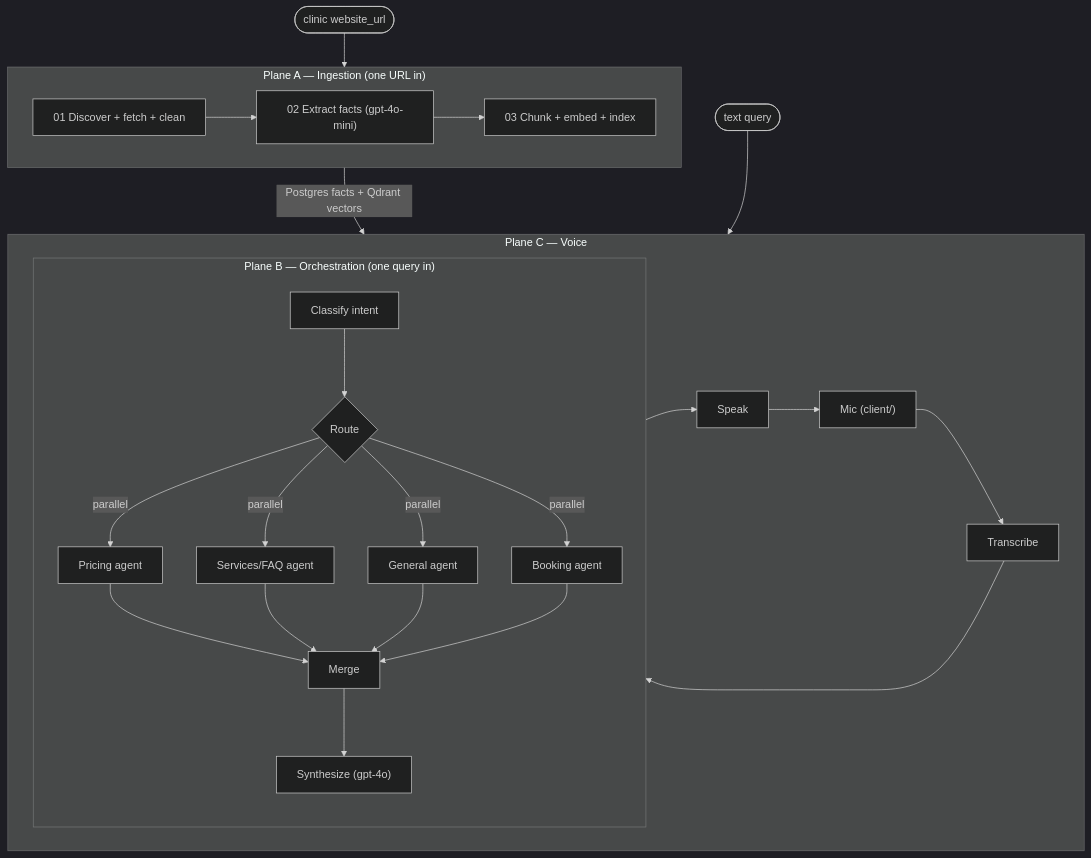
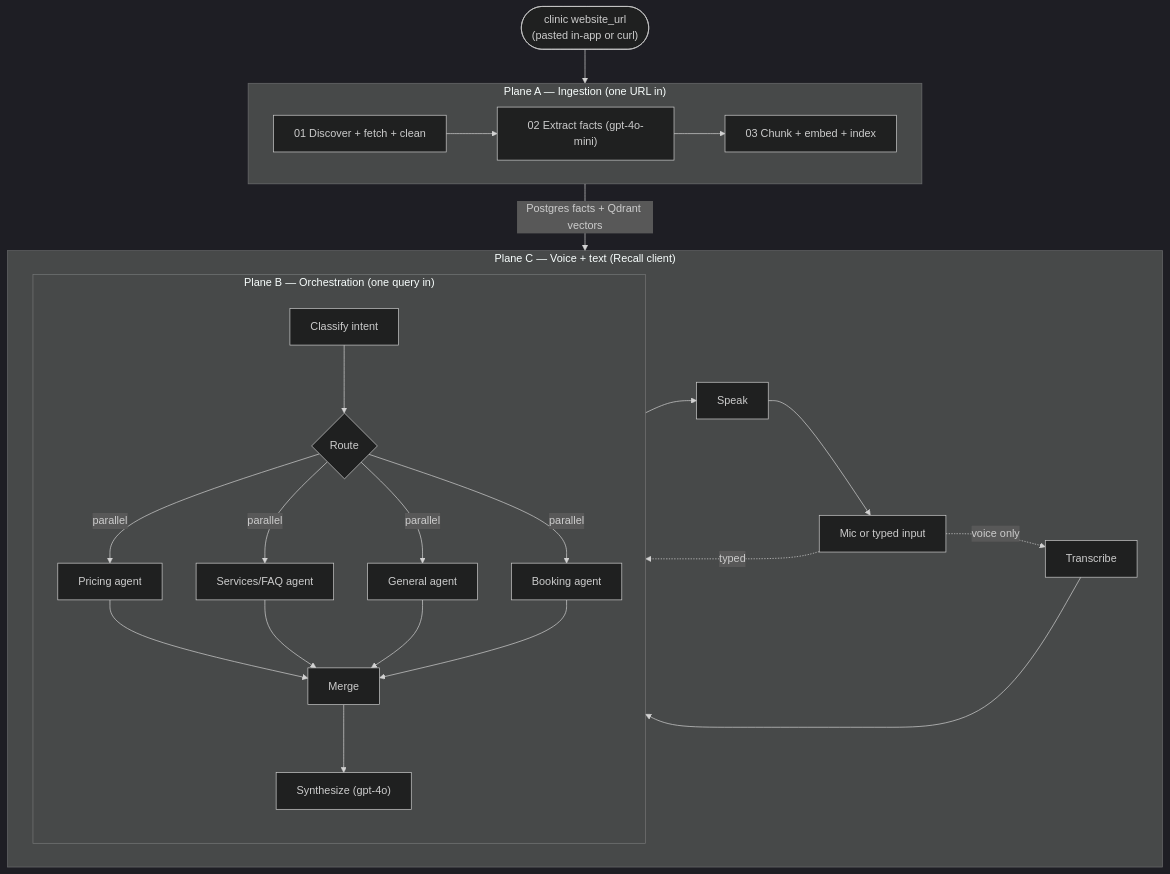
Before and after one commit to AhmedIrfan7/n8n_dental_rag_orchestration: the diagram in README.md, drawn with Mermaid (dark theme). The commit also changed other lines of this file, not shown here.

First line of the commit message:
docs(readme): reflect Recall rebrand, webhook auth, text input, dedup fix (#16)

````diff
--- a/README.md
+++ b/README.md
@@ -17,31 +20,31 @@
 ```mermaid
 flowchart TB
     subgraph ingest["Plane A — Ingestion (one URL in)"]
         direction LR
         I1["01 Discover + fetch + clean"] --> I2["02 Extract facts (gpt-4o-mini)"]
         I2 --> I3["03 Chunk + embed + index"]
     end
 
     subgraph ask["Plane B — Orchestration (one query in)"]
         direction TB
         B1["Classify intent"] --> B2{Route}
         B2 -->|parallel| B3["Pricing agent"]
         B2 -->|parallel| B4["Services/FAQ agent"]
         B2 -->|parallel| B5["General agent"]
         B2 -->|parallel| B6["Booking agent"]
         B3 & B4 & B5 & B6 --> B7["Merge"]
         B7 --> B8["Synthesize (gpt-4o)"]
     end
 
-    subgraph voice["Plane C — Voice"]
+    subgraph voice["Plane C — Voice + text (Recall client)"]
         direction LR
-        V1["Mic (client/)"] --> V2["Transcribe"]
+        V1["Mic or typed input"] -.voice only.-> V2["Transcribe"]
         V2 --> ask
+        V1 -.typed.-> ask
         ask --> V3["Speak"]
         V3 --> V1
     end
 
-    website(["clinic website_url"]) --> ingest
+    website(["clinic website_url\n(pasted in-app or curl)"]) --> ingest
     ingest -->|Postgres facts + Qdrant vectors| ask
-    text(["text query"]) --> ask
 ```
````
